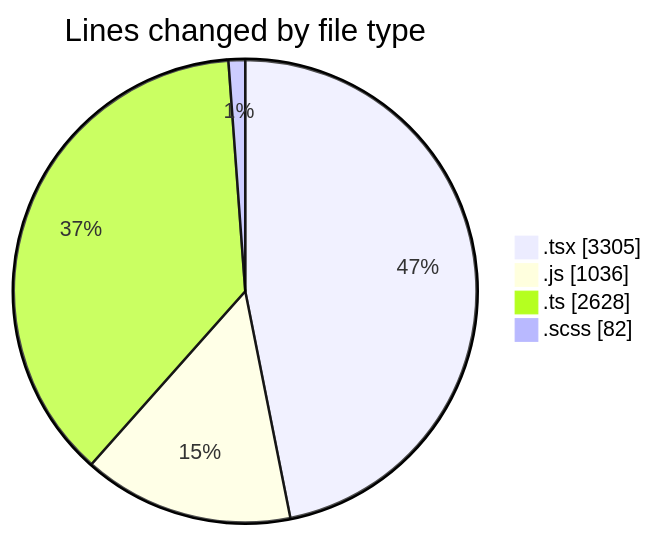
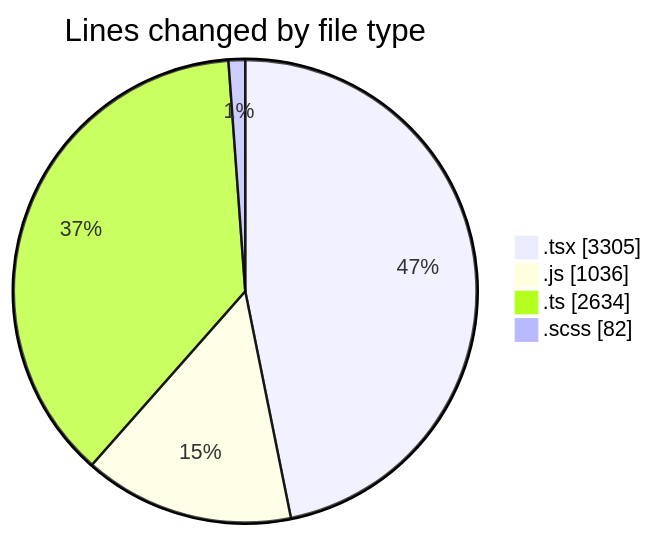
Before and after one commit to momahboobian/code-tracking: the first of 2 diagrams in 2026-10-07/cda/README.md, drawn with Mermaid. The commit also changed other lines of this file and 1 other file, not shown here.

````diff
--- a/2026-10-07/cda/README.md
+++ b/2026-10-07/cda/README.md
@@ -46,8 +46,8 @@
 ```mermaid
 pie showData
 title Lines changed by file type
 ".tsx" : 3305
 ".js" : 1036
-".ts" : 2628
+".ts" : 2634
 ".scss" : 82
 ```
````
